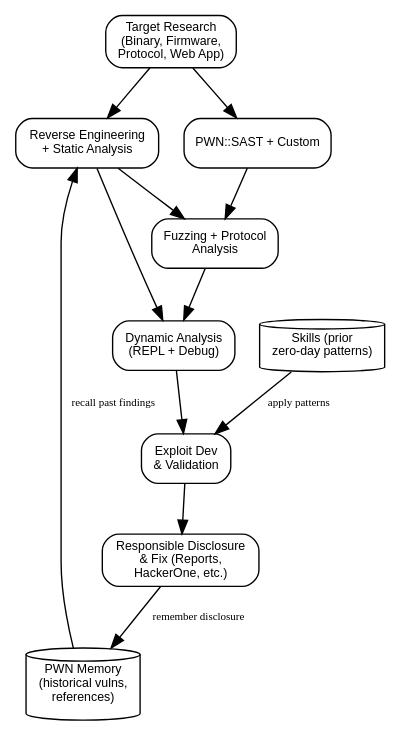
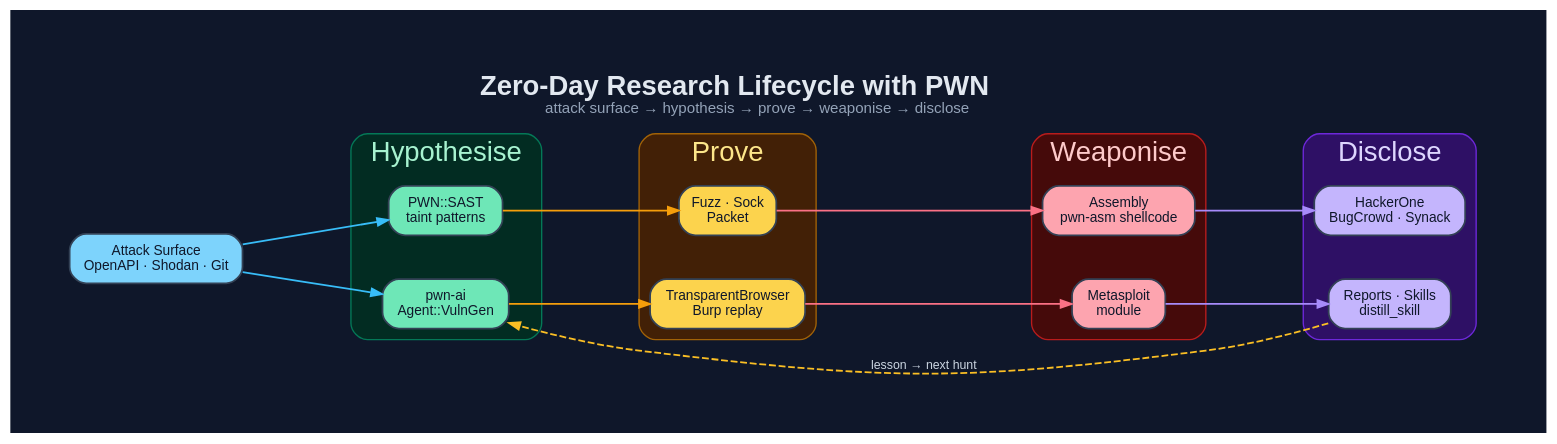
One commit to 0dayInc/pwn changed the diagram in documentation/diagrams/dot/zero-day-research-flow.dot. Above: the diagram before and after it, drawn with Graphviz. The commit also changed 58 other files, not shown here.

```diff
--- a/documentation/diagrams/dot/zero-day-research-flow.dot
+++ b/documentation/diagrams/dot/zero-day-research-flow.dot
@@ -1,27 +1,49 @@
-digraph "PWN Zero-Day Research Workflow" {
-  rankdir=TB;
-  node [shape=box, style=rounded, fontname="Arial", fontsize=9];
-  edge [fontsize=8];
+digraph "PWN_ZeroDay" {
+  graph [
+    label=<<B>Zero-Day Research Lifecycle with PWN</B><BR/><FONT POINT-SIZE="11" COLOR="#94a3b8">attack surface → hypothesis → prove → weaponise → disclose</FONT>>,
+    labelloc=t, fontsize=20, fontname="Helvetica",
+    rankdir=LR, splines=spline, nodesep=0.45, ranksep=1.2,
+    bgcolor="#0f172a", fontcolor="#e2e8f0", pad=0.6, newrank=true
+  ];
+  node [fontname="Helvetica", fontsize=10, style="filled,rounded",
+        shape=box, penwidth=1.3, color="#334155", fontcolor="#0f172a"];
+  edge [fontname="Helvetica", fontsize=9, color="#94a3b8",
+        fontcolor="#cbd5e1", penwidth=1.3, arrowsize=0.8];
 
-  Target [label="Target Research\n(Binary, Firmware,\nProtocol, Web App)", shape=box];
-  RE [label="Reverse Engineering\n+ Static Analysis"];
-  SAST [label="PWN::SAST + Custom"];
-  Fuzz [label="Fuzzing + Protocol\nAnalysis"];
-  Dyn [label="Dynamic Analysis\n(REPL + Debug)"];
-  Memory [label="PWN Memory\n(historical vulns,\nreferences)", shape=cylinder];
-  Skill [label="Skills (prior\nzero-day patterns)", shape=cylinder];
-  Exploit [label="Exploit Dev\n& Validation"];
-  Disclose [label="Responsible Disclosure\n& Fix (Reports,\nHackerOne, etc.)"];
+  Surface [label="Attack Surface\nOpenAPI · Shodan · Git", fillcolor="#7dd3fc"];
 
-  Target -> RE;
-  Target -> SAST;
-  RE -> Fuzz;
-  SAST -> Fuzz;
-  Fuzz -> Dyn;
-  RE -> Dyn;
-  Memory -> RE [label="recall past findings"];
-  Skill -> Exploit [label="apply patterns"];
-  Dyn -> Exploit;
-  Exploit -> Disclose;
-  Disclose -> Memory [label="remember disclosure"];
+  subgraph cluster_hyp {
+    label="Hypothesise"; fontcolor="#a7f3d0"; style=rounded;
+    color="#047857"; bgcolor="#022c22";
+    SAST [label="PWN::SAST\ntaint patterns", fillcolor="#6ee7b7"];
+    AI   [label="pwn-ai\nAgent::VulnGen",    fillcolor="#6ee7b7"];
+  }
+  subgraph cluster_prove {
+    label="Prove"; fontcolor="#fde68a"; style=rounded;
+    color="#a16207"; bgcolor="#422006";
+    Fuzz [label="Fuzz · Sock\nPacket",        fillcolor="#fcd34d"];
+    TB   [label="TransparentBrowser\nBurp replay", fillcolor="#fcd34d"];
+  }
+  subgraph cluster_weapon {
+    label="Weaponise"; fontcolor="#fecaca"; style=rounded;
+    color="#b91c1c"; bgcolor="#450a0a";
+    Asm [label="Assembly\npwn-asm shellcode", fillcolor="#fda4af"];
+    MSF [label="Metasploit\nmodule",           fillcolor="#fda4af"];
+  }
+  subgraph cluster_disc {
+    label="Disclose"; fontcolor="#ddd6fe"; style=rounded;
+    color="#6d28d9"; bgcolor="#2e1065";
+    H1  [label="HackerOne\nBugCrowd · Synack",  fillcolor="#c4b5fd"];
+    Rep [label="Reports · Skills\ndistill_skill", fillcolor="#c4b5fd"];
+  }
+
+  Surface -> SAST [color="#38bdf8"];
+  Surface -> AI   [color="#38bdf8"];
+  SAST -> Fuzz [color="#f59e0b"];
+  AI   -> TB   [color="#f59e0b"];
+  Fuzz -> Asm  [color="#fb7185"];
+  TB   -> MSF  [color="#fb7185"];
+  Asm  -> H1   [color="#a78bfa"];
+  MSF  -> Rep  [color="#a78bfa"];
+  Rep  -> AI   [label="lesson → next hunt", style=dashed, color="#fbbf24", constraint=false];
 }
```
